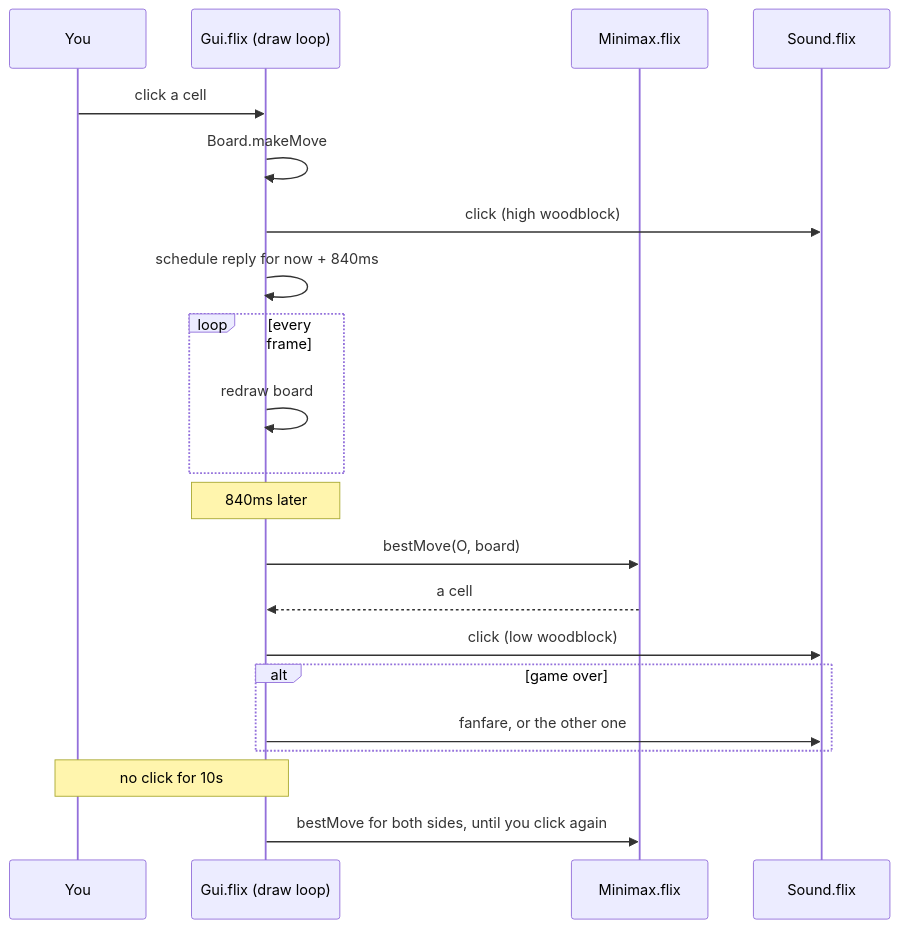
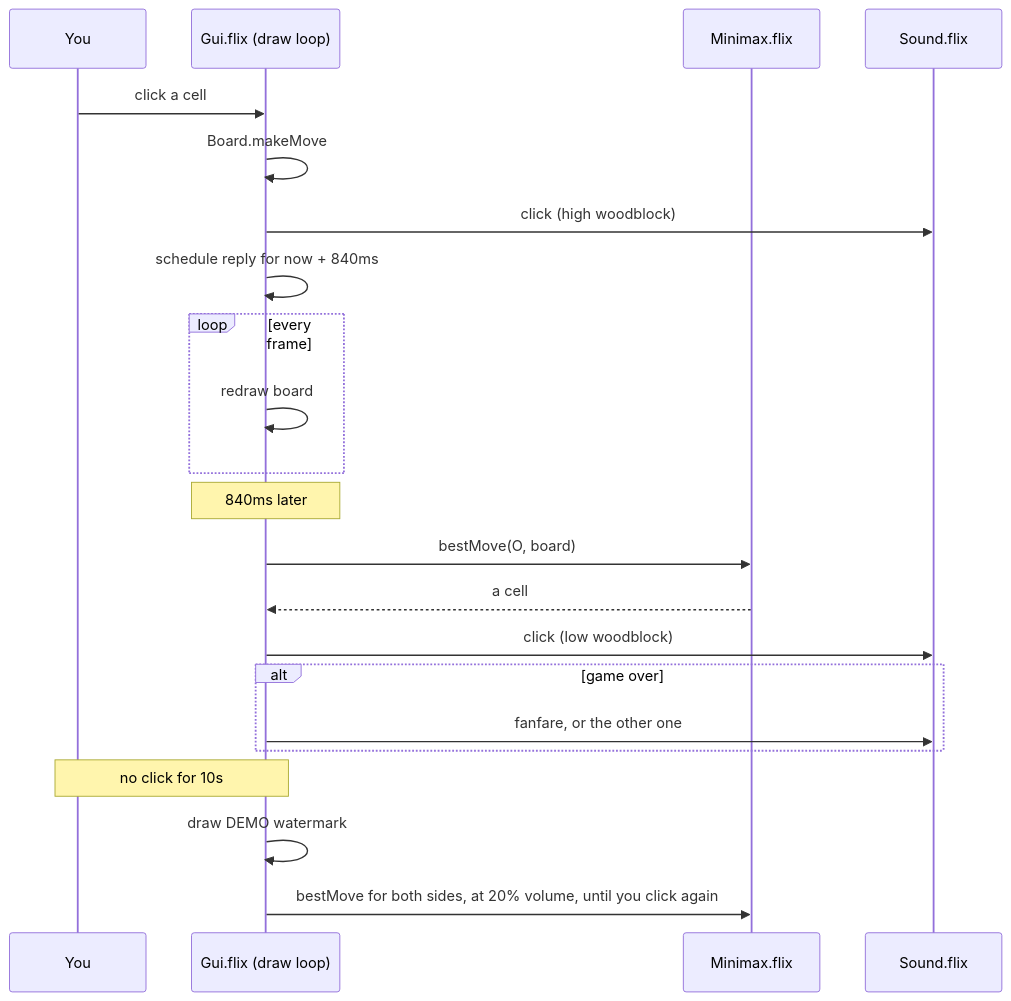
One commit to wstein/flix-fork changed the third of 3 diagrams in examples/apps/tic-tac-toe/README.md. Above: the diagram before and after it, drawn with Mermaid. The commit also changed other lines of this file, not shown here.

First line of the commit message:
docs(tic-tac-toe): describe the demo watermark and its volume

````diff
--- a/examples/apps/tic-tac-toe/README.md
+++ b/examples/apps/tic-tac-toe/README.md
@@ -96,24 +96,25 @@
 ```mermaid
 sequenceDiagram
     participant You
     participant Gui as Gui.flix (draw loop)
     participant AI as Minimax.flix
     participant Snd as Sound.flix
 
     You->>Gui: click a cell
     Gui->>Gui: Board.makeMove
     Gui->>Snd: click (high woodblock)
     Gui->>Gui: schedule reply for now + 840ms
     loop every frame
         Gui->>Gui: redraw board
     end
     Note over Gui: 840ms later
     Gui->>AI: bestMove(O, board)
     AI-->>Gui: a cell
     Gui->>Snd: click (low woodblock)
     alt game over
         Gui->>Snd: fanfare, or the other one
     end
     Note over You,Gui: no click for 10s
-    Gui->>AI: bestMove for both sides, until you click again
+    Gui->>Gui: draw DEMO watermark
+    Gui->>AI: bestMove for both sides, at 20% volume, until you click again
 ```
````
